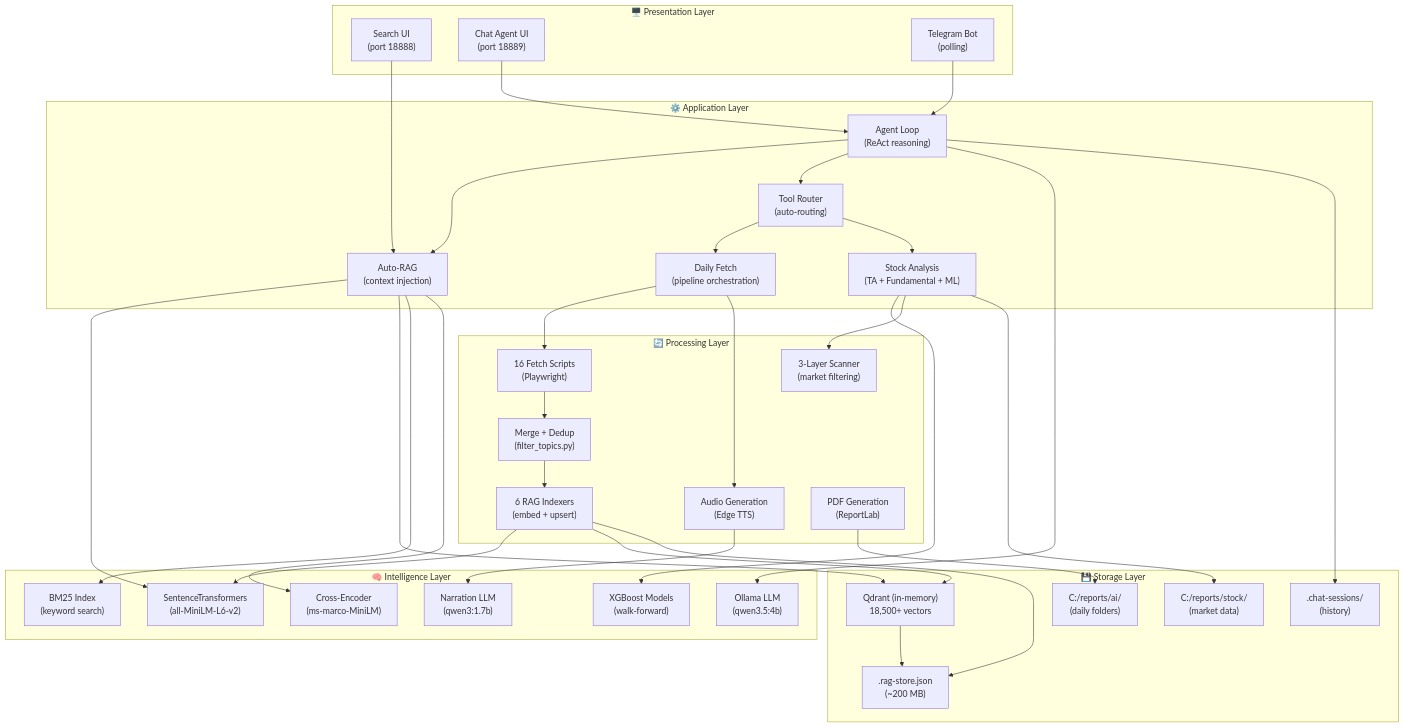
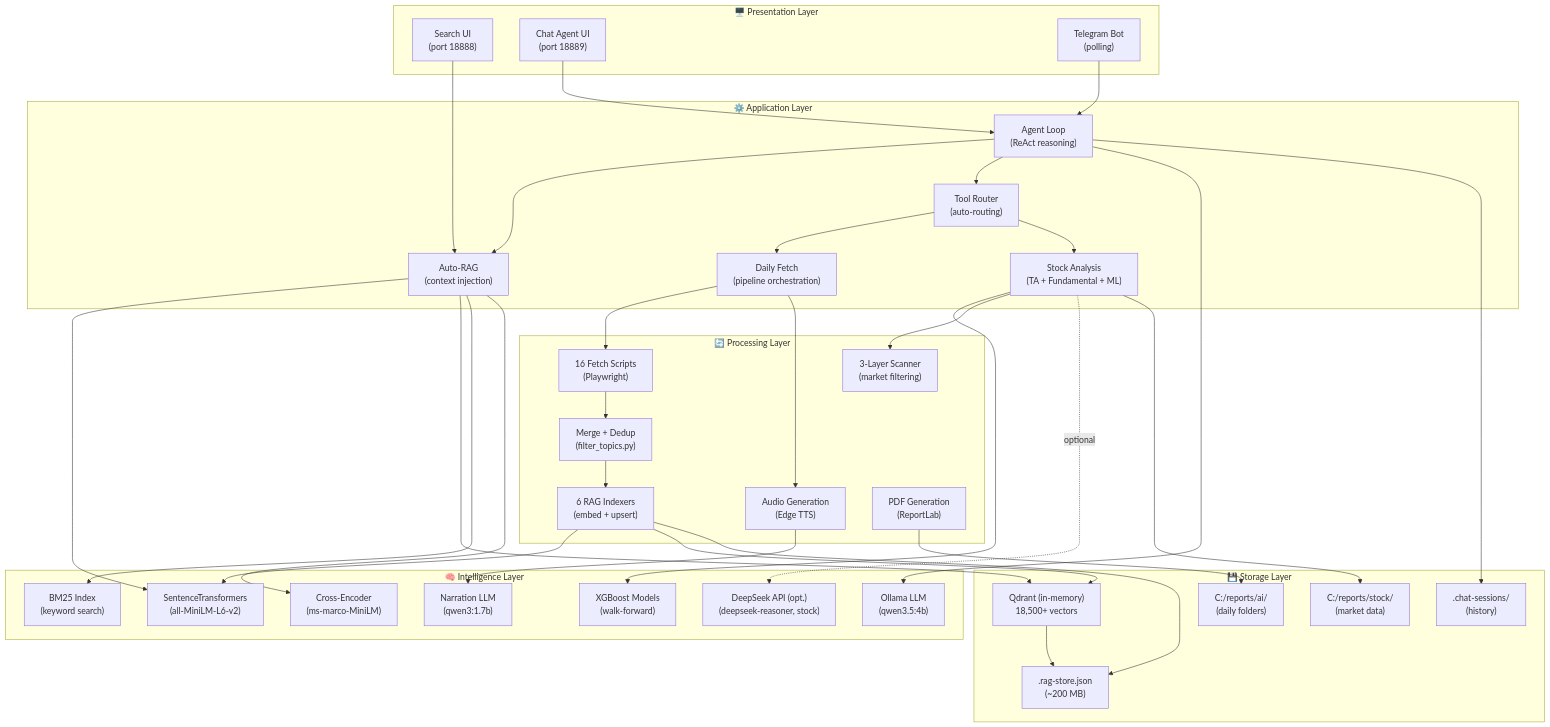
Before and after one commit to medavisyin/jarvis-yin: the second of 10 diagrams in docs/design/architecture.md, drawn with Mermaid. The commit also changed other lines of this file and 40 other files, not shown here.

````diff
--- a/docs/design/architecture.md
+++ b/docs/design/architecture.md
@@ -108,74 +111,76 @@
 ```mermaid
 graph TB
     subgraph Presentation["🖥️ Presentation Layer"]
         WebUI_Search["Search UI<br/>(port 18888)"]
         WebUI_Agent["Chat Agent UI<br/>(port 18889)"]
         TelegramBot["Telegram Bot<br/>(polling)"]
     end
 
     subgraph Application["⚙️ Application Layer"]
         AgentLoop["Agent Loop<br/>(ReAct reasoning)"]
         AutoRAG["Auto-RAG<br/>(context injection)"]
         ToolRouter["Tool Router<br/>(auto-routing)"]
         DailyFetch["Daily Fetch<br/>(pipeline orchestration)"]
         StockAnalysis["Stock Analysis<br/>(TA + Fundamental + ML)"]
     end
 
     subgraph Processing["🔄 Processing Layer"]
         Fetchers["16 Fetch Scripts<br/>(Playwright)"]
         Merger["Merge + Dedup<br/>(filter_topics.py)"]
         Indexers["6 RAG Indexers<br/>(embed + upsert)"]
         AudioGen["Audio Generation<br/>(Edge TTS)"]
         PDFGen["PDF Generation<br/>(ReportLab)"]
         Scanner["3-Layer Scanner<br/>(market filtering)"]
     end
 
     subgraph Intelligence["🧠 Intelligence Layer"]
         Ollama["Ollama LLM<br/>(qwen3.5:4b)"]
+        DeepSeekOpt["DeepSeek API (opt.)<br/>(deepseek-reasoner, stock)"]
         NarrationLLM["Narration LLM<br/>(qwen3:1.7b)"]
         Embeddings["SentenceTransformers<br/>(all-MiniLM-L6-v2)"]
         XGBoost["XGBoost Models<br/>(walk-forward)"]
         Reranker["Cross-Encoder<br/>(ms-marco-MiniLM)"]
         BM25["BM25 Index<br/>(keyword search)"]
     end
 
     subgraph Storage["💾 Storage Layer"]
         Qdrant["Qdrant (in-memory)<br/>18,500+ vectors"]
         Snapshot[".rag-store.json<br/>(~200 MB)"]
         Reports["C:/reports/ai/<br/>(daily folders)"]
         StockData["C:/reports/stock/<br/>(market data)"]
         Sessions[".chat-sessions/<br/>(history)"]
     end
 
     WebUI_Search --> AutoRAG
     WebUI_Agent --> AgentLoop
     TelegramBot --> AgentLoop
 
     AgentLoop --> AutoRAG
     AgentLoop --> ToolRouter
     AgentLoop --> Ollama
     AutoRAG --> Embeddings
     AutoRAG --> Qdrant
     AutoRAG --> BM25
     AutoRAG --> Reranker
     ToolRouter --> DailyFetch
     ToolRouter --> StockAnalysis
 
     DailyFetch --> Fetchers
     DailyFetch --> AudioGen
     Fetchers --> Merger
     Merger --> Indexers
     Indexers --> Embeddings
     Indexers --> Qdrant
 
     StockAnalysis --> XGBoost
     StockAnalysis --> Scanner
+    StockAnalysis -.->|optional| DeepSeekOpt
 
     AudioGen --> NarrationLLM
     PDFGen --> Reports
 
     Qdrant --> Snapshot
     Indexers --> Snapshot
     StockAnalysis --> StockData
     AgentLoop --> Sessions
 ```
````
